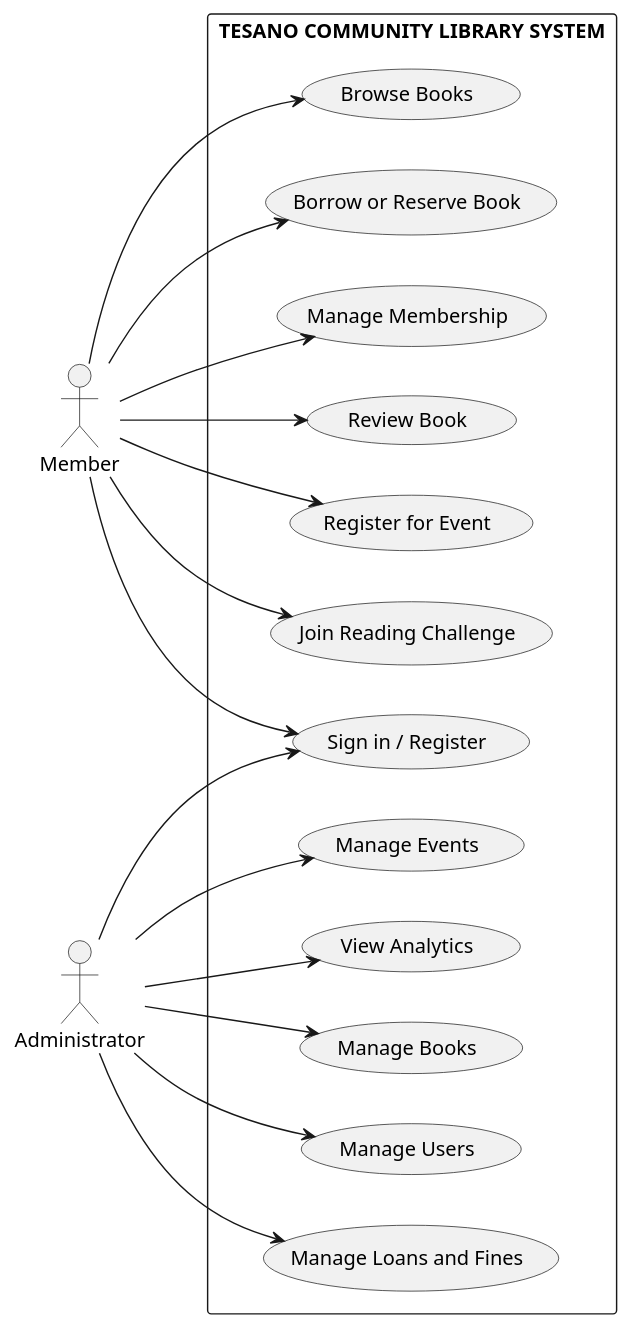
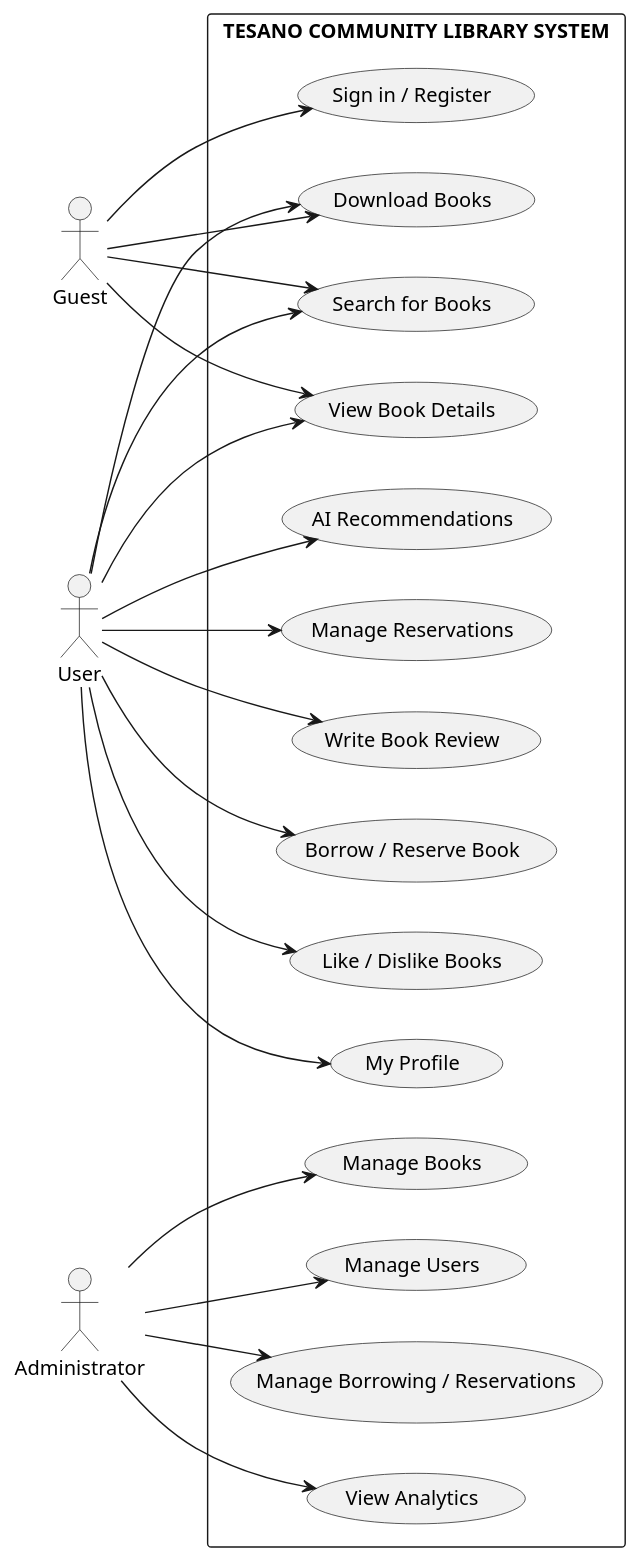
Before and after one commit to DessysGit/tesano-community-library: the first of 6 diagrams in docs/project-diagrams.md, drawn with PlantUML. The commit also changed other lines of this file, not shown here.

````diff
--- a/docs/project-diagrams.md
+++ b/docs/project-diagrams.md
@@ -33,41 +36,48 @@
 ```plantuml
 @startuml
 left to right direction
 skinparam shadowing false
 skinparam packageStyle rectangle
 
-actor Member
+actor Guest
+actor User
 actor Administrator as Admin
 
 rectangle "TESANO COMMUNITY LIBRARY SYSTEM" {
   usecase "Sign in / Register" as Login
-  usecase "Browse Books" as Browse
-  usecase "Borrow or Reserve Book" as Borrow
-  usecase "Manage Membership" as Membership
-  usecase "Review Book" as Review
-  usecase "Register for Event" as Event
-  usecase "Join Reading Challenge" as Challenge
-
+  usecase "Search for Books" as Search
+  usecase "View Book Details" as Details
+  usecase "Download Books" as Download
+  usecase "Write Book Review" as Review
+  usecase "Borrow / Reserve Book" as Borrow
+  usecase "Like / Dislike Books" as Like
+  usecase "My Profile" as Profile
+  usecase "AI Recommendations" as Rec
+  usecase "Manage Reservations" as Reservations
   usecase "Manage Books" as Books
   usecase "Manage Users" as Users
-  usecase "Manage Loans and Fines" as Loans
-  usecase "Manage Events" as Events
+  usecase "Manage Borrowing / Reservations" as BorrowManage
   usecase "View Analytics" as Analytics
 }
 
-Member --> Login
-Member --> Browse
-Member --> Borrow
-Member --> Membership
-Member --> Review
-Member --> Event
-Member --> Challenge
+Guest --> Login
+Guest --> Search
+Guest --> Details
+Guest --> Download
 
-Admin --> Login
+User --> Search
+User --> Details
+User --> Download
+User --> Review
+User --> Borrow
+User --> Like
+User --> Profile
+User --> Rec
+User --> Reservations
+
 Admin --> Books
 Admin --> Users
-Admin --> Loans
-Admin --> Events
+Admin --> BorrowManage
 Admin --> Analytics
 @enduml
 ```
````
